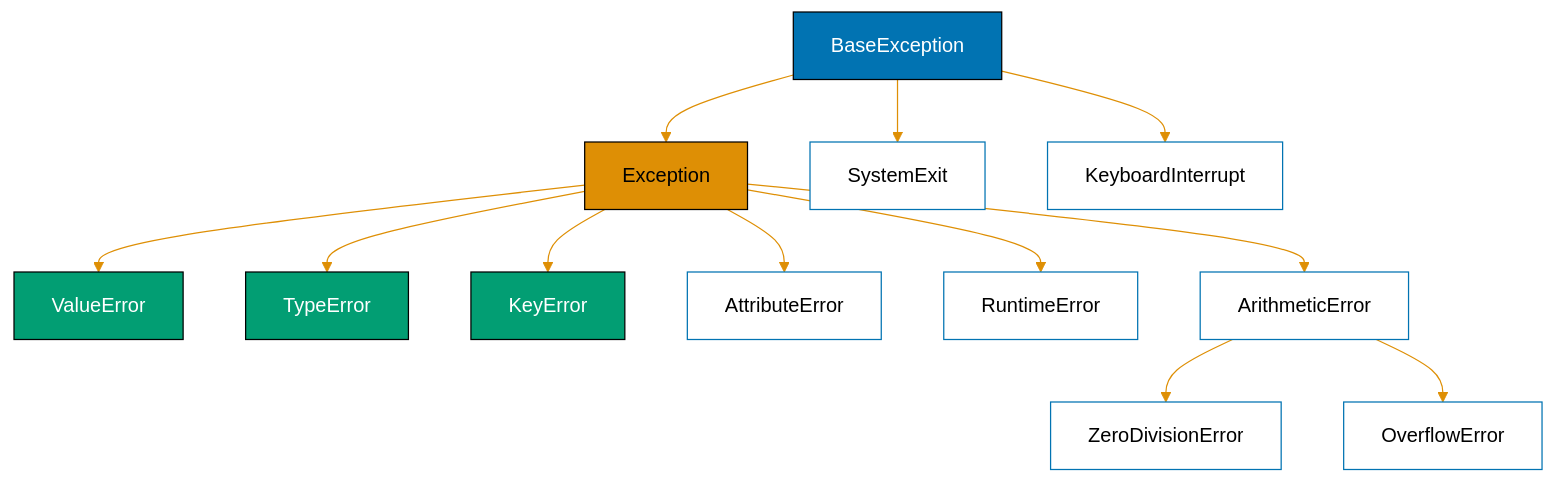
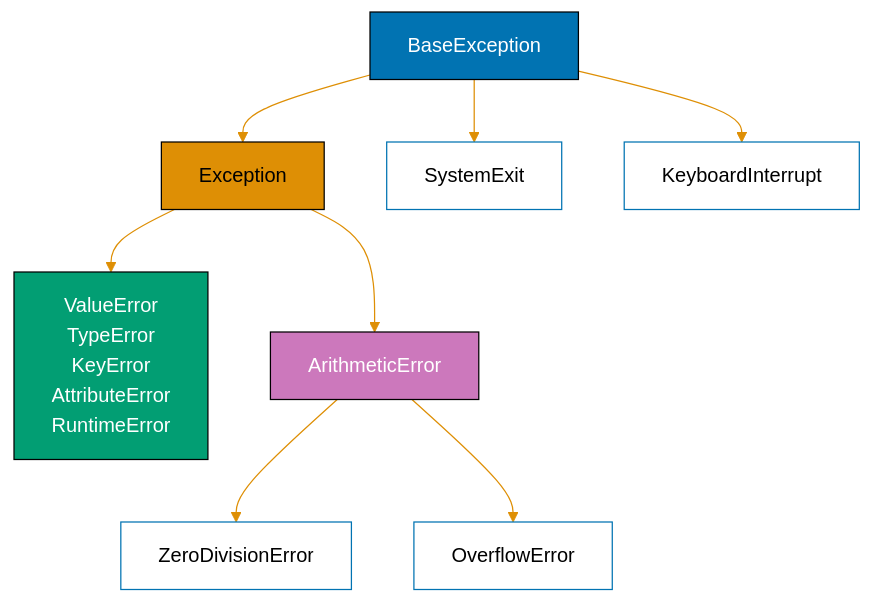
Before and after one commit to wahidyankf/open-sharia-enterprise: the first of 5 diagrams in docs/explanation/software-engineering/programming-languages/python/error-handling.md, drawn with Mermaid. The commit also changed 12 other files, not shown here.

First line of the commit message:
fix(docs): fix mermaid violations in python docs

````diff
--- a/docs/explanation/software-engineering/programming-languages/python/error-handling.md
+++ b/docs/explanation/software-engineering/programming-languages/python/error-handling.md
@@ -62,23 +62,18 @@
 ```mermaid
 %%{init: {'theme': 'base', 'themeVariables': { 'primaryColor': '#0173B2', 'primaryTextColor': '#000', 'primaryBorderColor': '#0173B2', 'lineColor': '#DE8F05', 'secondaryColor': '#029E73', 'tertiaryColor': '#CC78BC', 'background': '#fff', 'mainBkg': '#fff'}}}%%
 graph TD
     A[BaseException] --> B[Exception]
     A --> C[SystemExit]
     A --> D[KeyboardInterrupt]
 
-    B --> E[ValueError]
-    B --> F[TypeError]
-    B --> G[KeyError]
-    B --> H[AttributeError]
-    B --> I[RuntimeError]
+    B --> E["ValueError<br/>TypeError<br/>KeyError<br/>AttributeError<br/>RuntimeError"]
     B --> J[ArithmeticError]
 
     J --> K[ZeroDivisionError]
     J --> L[OverflowError]
 
     style A fill:#0173B2,stroke:#000,color:#fff
     style B fill:#DE8F05,stroke:#000,color:#000
     style E fill:#029E73,stroke:#000,color:#fff
-    style F fill:#029E73,stroke:#000,color:#fff
-    style G fill:#029E73,stroke:#000,color:#fff
+    style J fill:#CC78BC,stroke:#000,color:#fff
 ```
````
